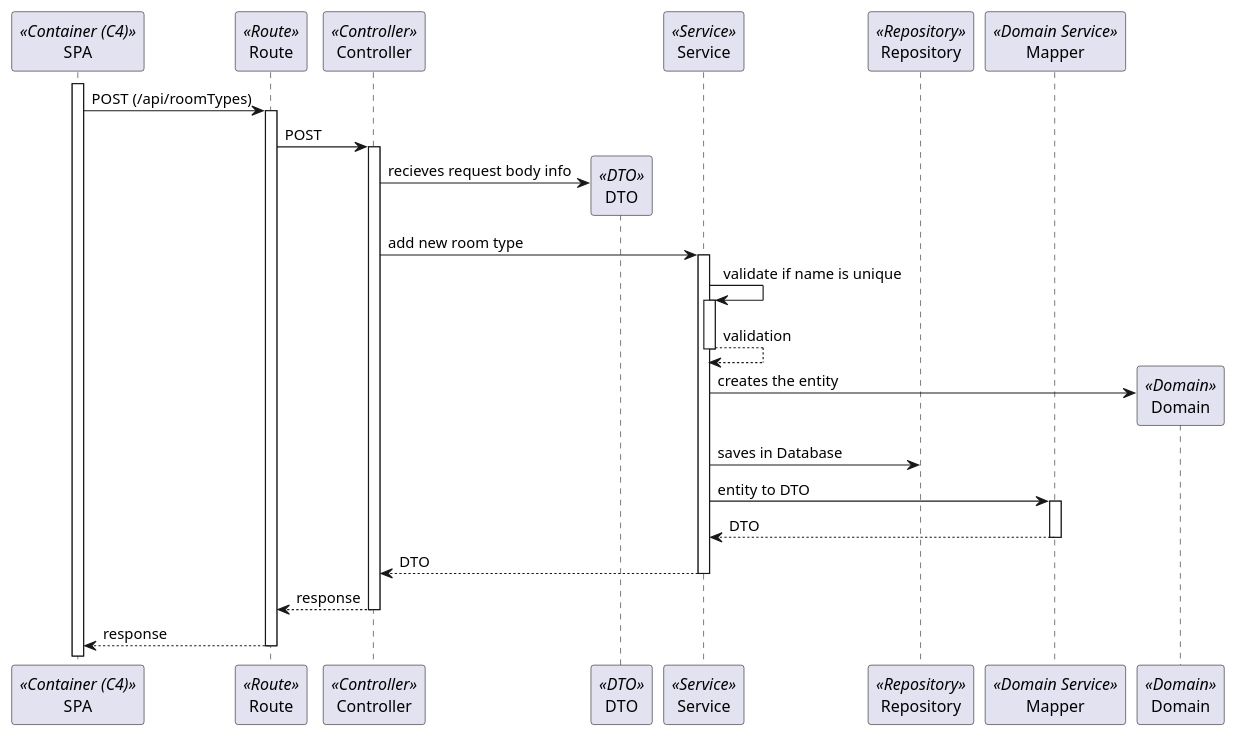
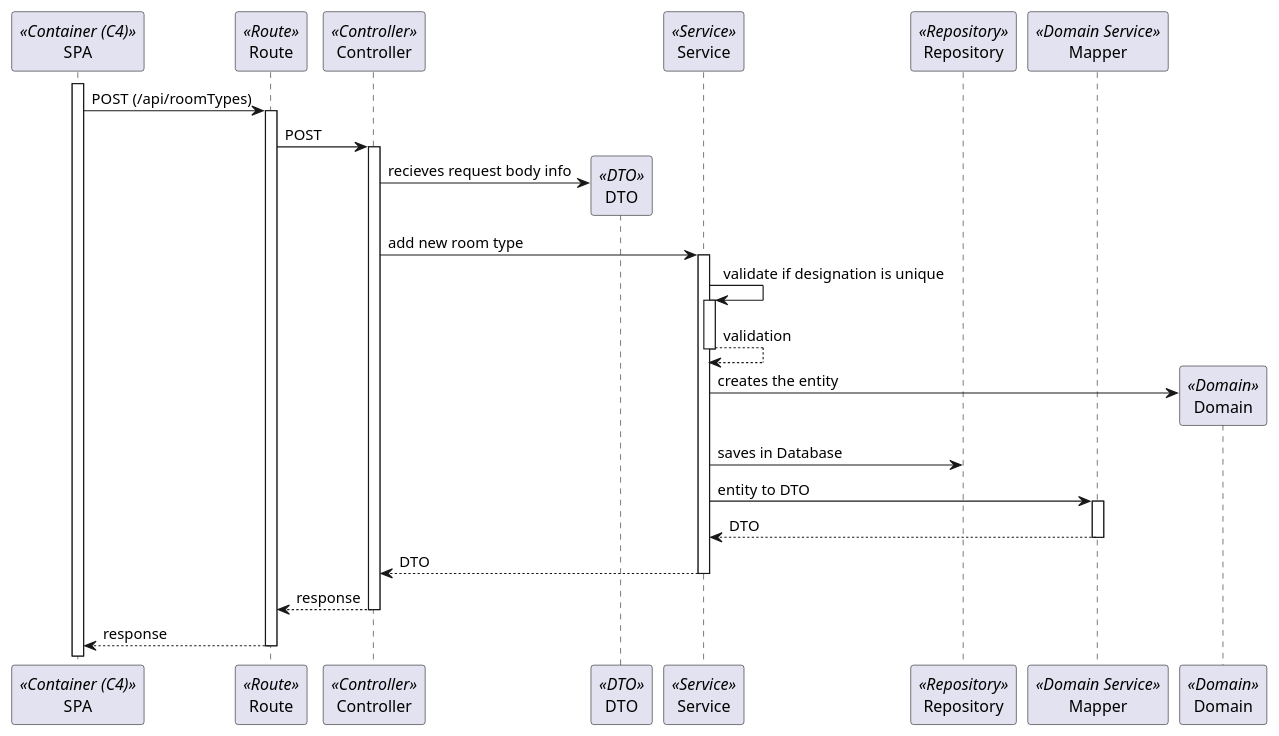
The diagram in docs/Sprint_3/Backoffice/US_7.2.10/L3/MastersData/Process_View.puml (Rodrick0209/ISEP-SEM5PI-24-25), drawn with PlantUML before and after one commit. The commit also changed 8 other files, not shown here.

```diff
--- a/docs/Sprint_3/Backoffice/US_7.2.10/L3/MastersData/Process_View.puml
+++ b/docs/Sprint_3/Backoffice/US_7.2.10/L3/MastersData/Process_View.puml
@@ -2,30 +2,30 @@
 @startuml Process_View
 participant SPA as SPA <<Container (C4)>>
 participant Route as Route <<Route>>
 participant Controller as Controller <<Controller>>
 participant DTO as DTO <<DTO>>
 participant Service as Service <<Service>>
 participant Repository as Repository <<Repository>>
 participant Mapper as Mapper <<Domain Service>>
 participant Domain as Domain <<Domain>>
 activate SPA
 SPA -> Route: POST (/api/roomTypes)
 activate Route
 Route -> Controller : POST
 activate Controller
 Controller -> DTO** : recieves request body info
 Controller -> Service : add new room type
 activate Service
-Service -> Service : validate if name is unique
+Service -> Service : validate if designation is unique
 activate Service
 return validation
 Service -> Domain** : creates the entity
 Service -> Repository : saves in Database
 Service -> Mapper : entity to DTO
 activate Mapper
 return DTO
 return DTO
 return response
 return response
 
 @enduml
```
